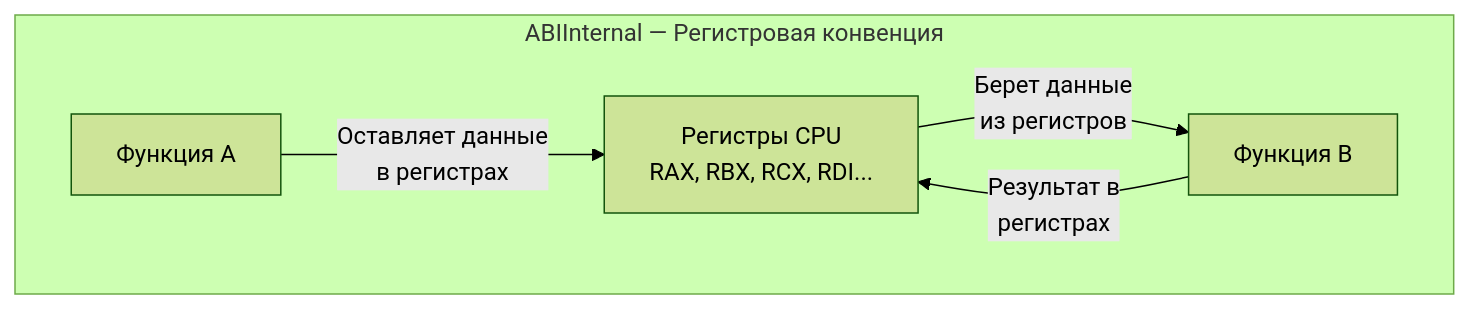
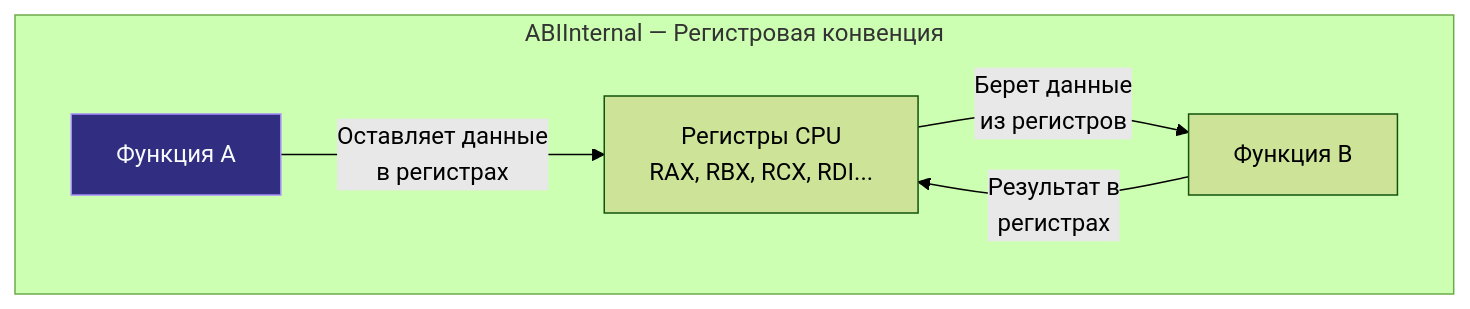
One commit to UnrealTemplier/go-textbook changed the second of 3 diagrams in sources/7. Глубокий Go (Внутреннее устройство)/6. ABIInternal и ABI0. Как Go вызывает функции.md. Above: the diagram before and after it, drawn with Mermaid (forest theme). The commit also changed other lines of this file and 1666 other files, not shown here.

First line of the commit message:
feat(mermaid): add semantic color classDef to 1369 colorless flowchart/graph diagrams

````diff
--- a/sources/7. Глубокий Go (Внутреннее устройство)/6. ABIInternal и ABI0. Как Go вызывает функции.md
+++ b/sources/7. Глубокий Go (Внутреннее устройство)/6. ABIInternal и ABI0. Как Go вызывает функции.md
@@ -65,8 +75,18 @@
 ```mermaid
 flowchart TD
+    classDef process  fill:#1e293b,stroke:#38bdf8,stroke-width:1px,color:#f8fafc
+    classDef success  fill:#064e3b,stroke:#34d399,stroke-width:1px,color:#f8fafc
+    classDef error    fill:#7f1d1d,stroke:#f87171,stroke-width:1px,color:#f8fafc
+    classDef warning  fill:#78350f,stroke:#fbbf24,stroke-width:1px,color:#f8fafc
+    classDef entry    fill:#1e3a5f,stroke:#38bdf8,stroke-width:2px,color:#f8fafc
+    classDef aux      fill:#334155,stroke:#64748b,stroke-width:1px,color:#f8fafc
+    classDef system   fill:#312e81,stroke:#a78bfa,stroke-width:1px,color:#f8fafc
+    classDef data     fill:#132d29,stroke:#2dd4bf,stroke-width:1px,color:#f8fafc
+    classDef network  fill:#881337,stroke:#fb7185,stroke-width:1px,color:#f8fafc
+    classDef accent   fill:#1e1b4b,stroke:#818cf8,stroke-width:1px,color:#f8fafc
     subgraph ABI_INT ["ABIInternal — Регистровая конвенция"]
-        CALLER1["Функция A"] -->|"Оставляет данные<br>в регистрах"| REGS["Регистры CPU<br>RAX, RBX, RCX, RDI..."]
+        CALLER1["Функция A"]:::system -->|"Оставляет данные<br>в регистрах"| REGS["Регистры CPU<br>RAX, RBX, RCX, RDI..."]
         REGS -->|"Берет данные<br>из регистров"| CALLEE1["Функция B"]
         CALLEE1 -->|"Результат в<br>регистрах"| REGS
     end
 ```
````
